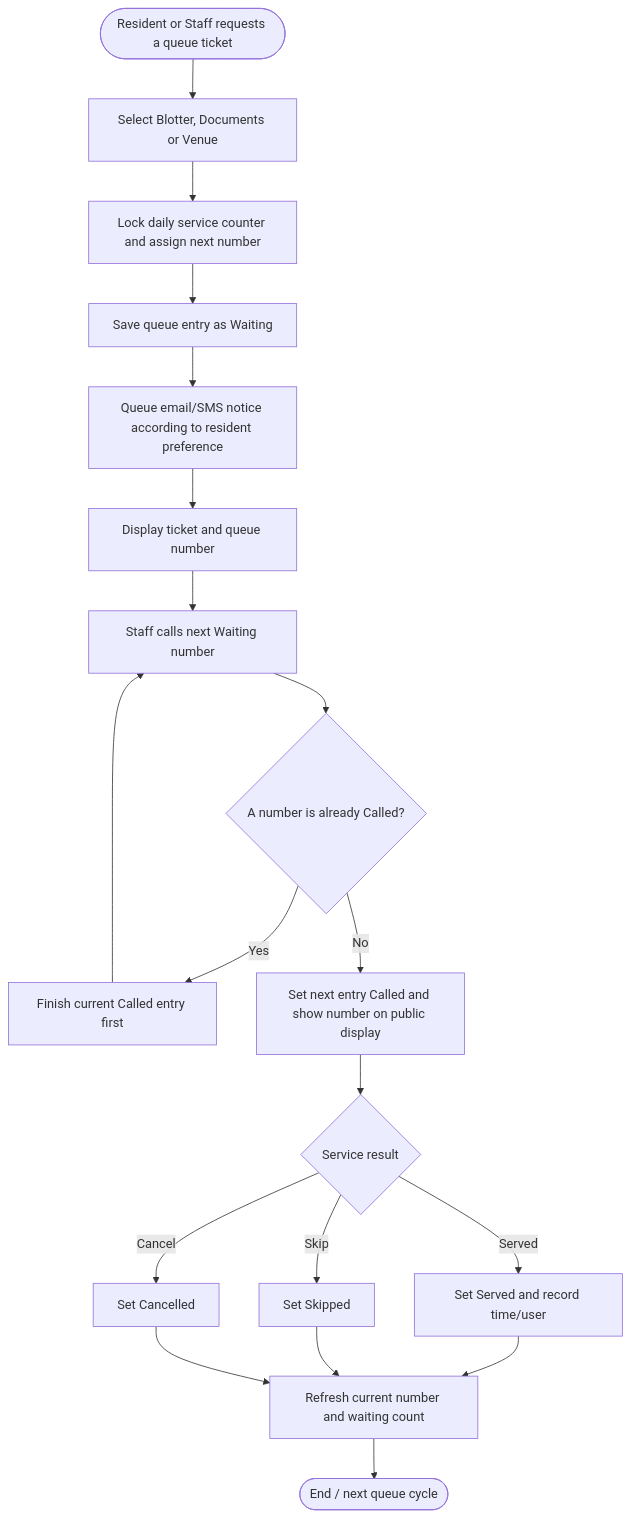
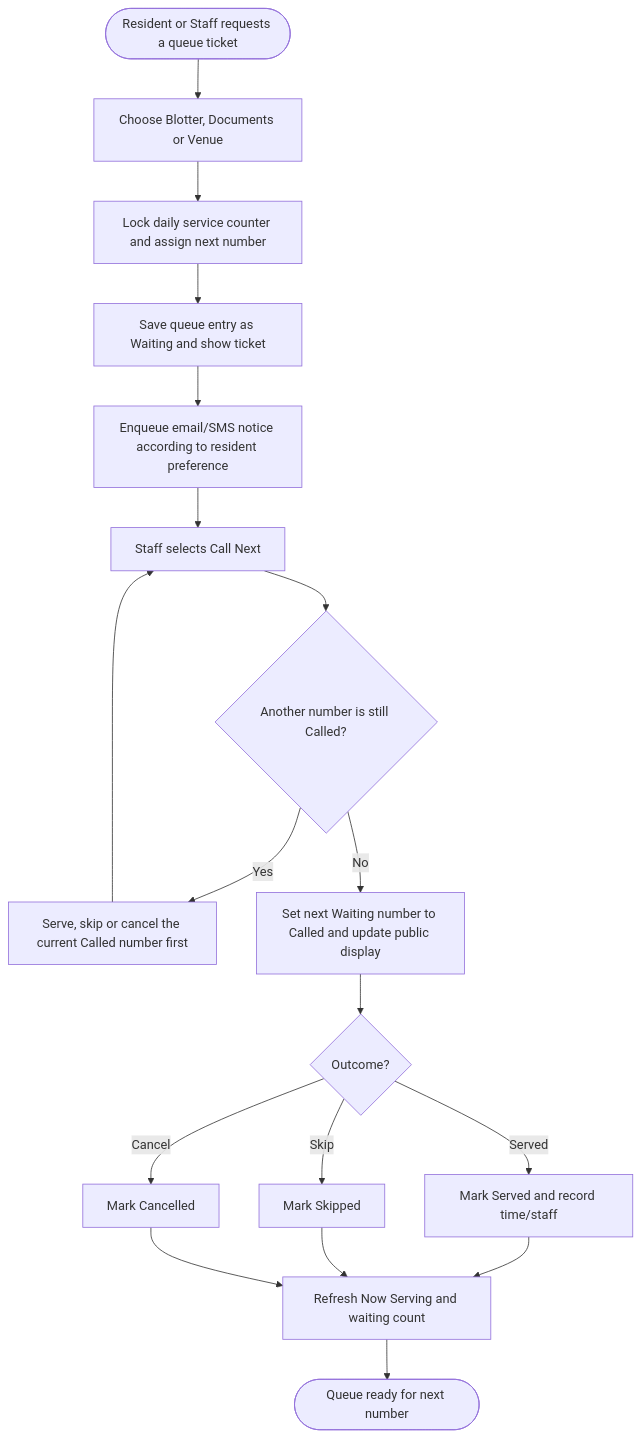
The sixth of 6 diagrams in docs/BRMS_BPMN.md (sachie34/Birms), drawn with Mermaid before and after one commit. The commit also changed other lines of this file, not shown here.

````diff
--- a/docs/BRMS_BPMN.md
+++ b/docs/BRMS_BPMN.md
@@ -146,21 +175,20 @@
 ```mermaid
 flowchart TD
-    A([Resident or Staff requests a queue ticket]) --> B[Select Blotter, Documents or Venue]
+    A([Resident or Staff requests a queue ticket]) --> B[Choose Blotter, Documents or Venue]
     B --> C[Lock daily service counter and assign next number]
-    C --> D[Save queue entry as Waiting]
-    D --> E[Queue email/SMS notice according to resident preference]
-    E --> F[Display ticket and queue number]
-    F --> G[Staff calls next Waiting number]
-    G --> H{A number is already Called?}
-    H -- Yes --> I[Finish current Called entry first]
-    I --> G
-    H -- No --> J[Set next entry Called and show number on public display]
-    J --> K{Service result}
-    K -- Served --> L[Set Served and record time/user]
-    K -- Skip --> M[Set Skipped]
-    K -- Cancel --> N[Set Cancelled]
-    L --> O[Refresh current number and waiting count]
-    M --> O
-    N --> O
-    O --> P([End / next queue cycle])
+    C --> D[Save queue entry as Waiting and show ticket]
+    D --> E[Enqueue email/SMS notice according to resident preference]
+    E --> F[Staff selects Call Next]
+    F --> G{Another number is still Called?}
+    G -- Yes --> H[Serve, skip or cancel the current Called number first]
+    H --> F
+    G -- No --> I[Set next Waiting number to Called and update public display]
+    I --> J{Outcome?}
+    J -- Served --> K[Mark Served and record time/staff]
+    J -- Skip --> L[Mark Skipped]
+    J -- Cancel --> M[Mark Cancelled]
+    K --> N[Refresh Now Serving and waiting count]
+    L --> N
+    M --> N
+    N --> O([Queue ready for next number])
 ```
````
